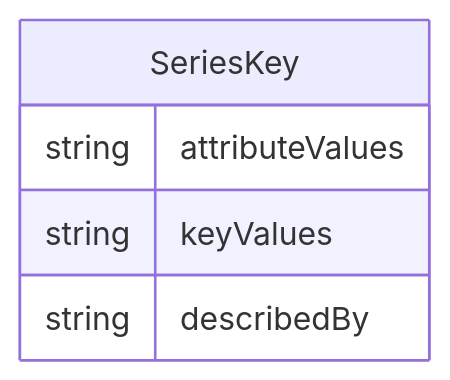
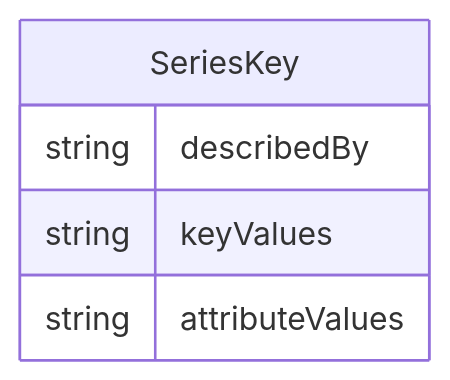
Before and after one commit to cdisc-org/DataExchange-DDS: the diagram in docs/classes/SeriesKey.md, drawn with Mermaid. The commit also changed other lines of this file and 313 other files, not shown here.

````diff
--- a/docs/classes/SeriesKey.md
+++ b/docs/classes/SeriesKey.md
@@ -20,11 +15,11 @@
 ```mermaid
 erDiagram
 SeriesKey {
+    string describedBy  
+    string keyValues  
     string attributeValues  
-    string keyValues  
-    string describedBy  
 }
 
 
 
 ```
````
